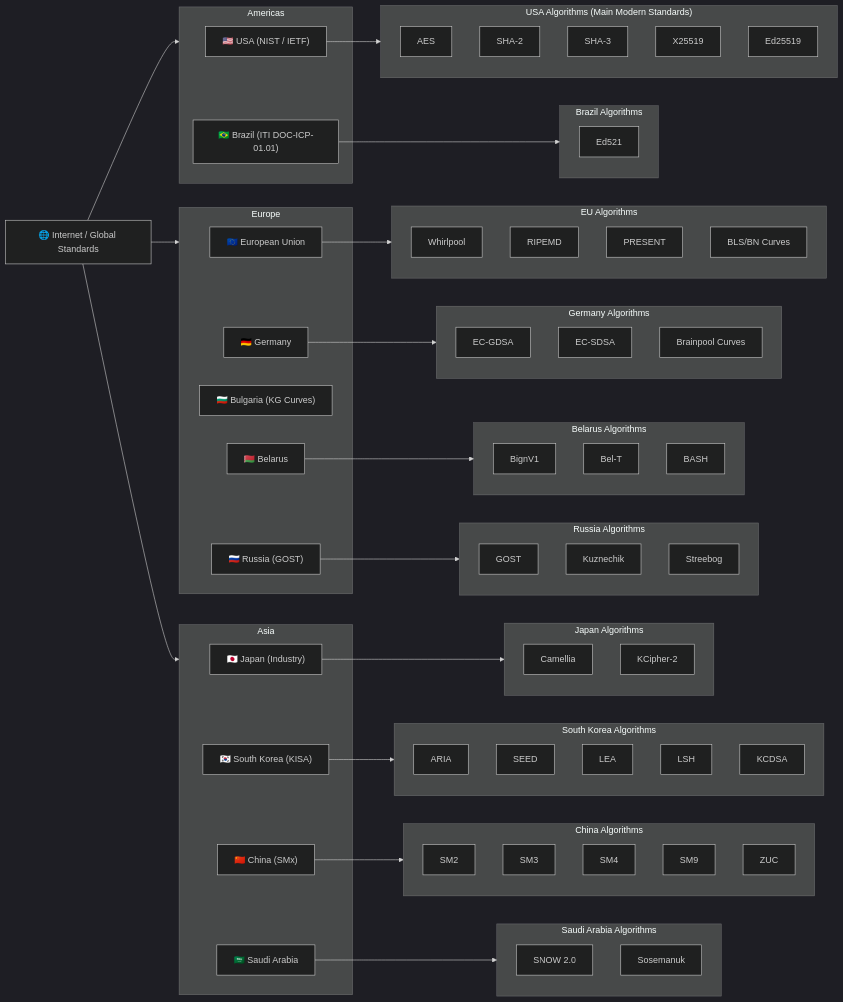
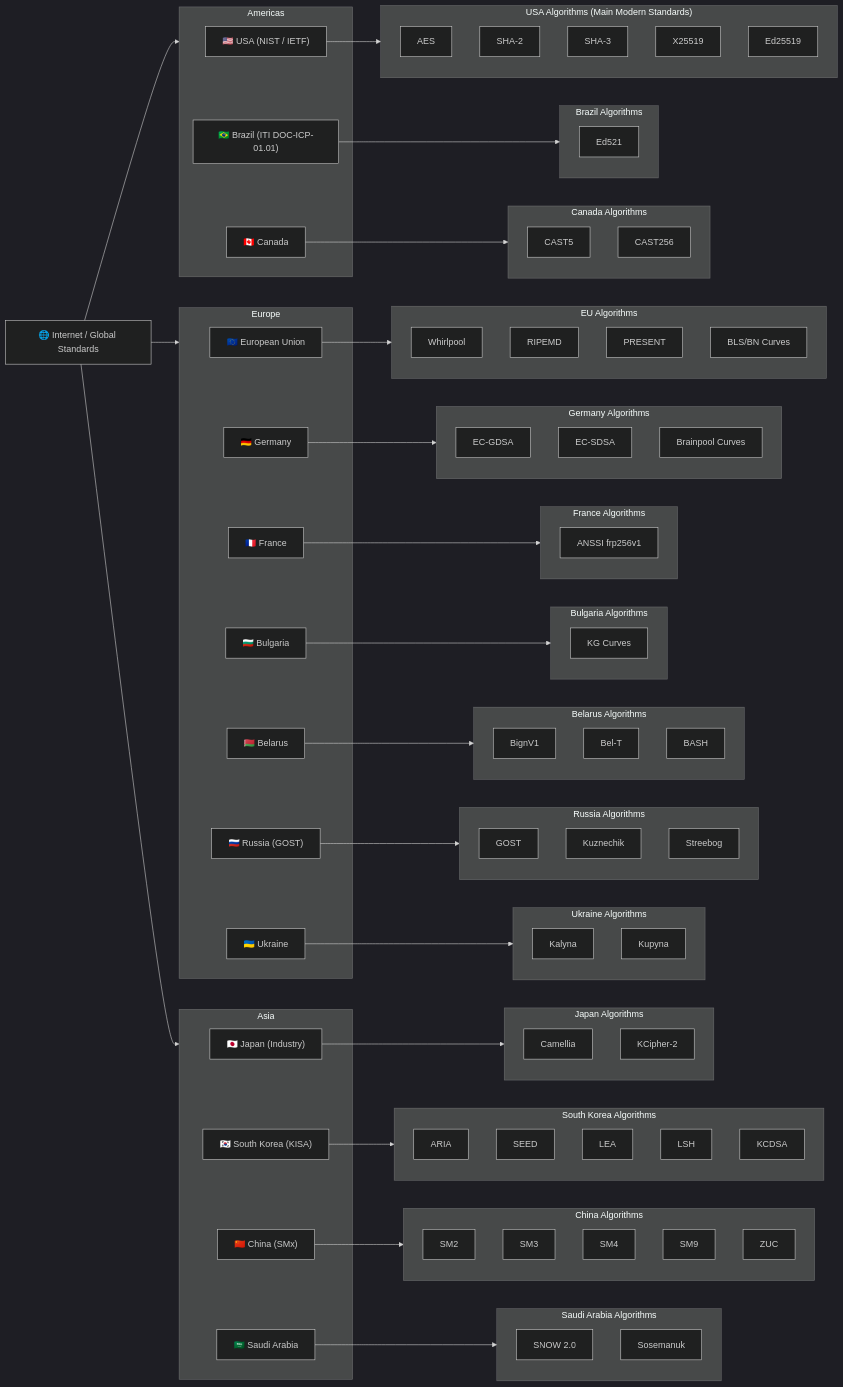
One commit to pedroalbanese/edgetk changed the first of 5 diagrams in README.md. Above: the diagram before and after it, drawn with Mermaid (dark theme).

```diff
--- a/README.md
+++ b/README.md
@@ -235,15 +235,18 @@
     subgraph Americas["Americas"]
         NIST["🇺🇸 USA (NIST / IETF)"]
         Brazil["🇧🇷 Brazil (ITI DOC-ICP-01.01)"]
+        Canada["🇨🇦 Canada"]
     end
 
     %% --- Europe ---
     subgraph Europe["Europe"]
         EU["🇪🇺 European Union"]
         Germany["🇩🇪 Germany"]
-        Bulgaria["🇧🇬 Bulgaria (KG Curves)"]
+        France["🇫🇷 France"]
+        Bulgaria["🇧🇬 Bulgaria"]
         Belarus["🇧🇾 Belarus"]
         Russia["🇷🇺 Russia (GOST)"]
+        Ukraine["🇺🇦 Ukraine"]
     end
 
     %% --- Asia ---
@@ -275,6 +278,13 @@
     end
     Brazil --> Brazil_alg
 
+    %% --- Canada Algorithms ---
+    subgraph Canada_alg["Canada Algorithms"]
+        CAST5["CAST5"]
+        CAST256["CAST256"]
+    end
+    Canada --> Canada_alg
+
     %% --- EU Algorithms ---
     subgraph EU_alg["EU Algorithms"]
         Whirlpool["Whirlpool"]
@@ -291,6 +301,25 @@
         Brainpool["Brainpool Curves"]
     end
     Germany --> Germany_alg
+
+    %% --- France Algorithms ---
+    subgraph France_alg["France Algorithms"]
+        ANSSI["ANSSI frp256v1"]
+    end
+    France --> France_alg
+
+    %% --- Bulgaria Algorithms ---
+    subgraph Bulgaria_alg["Bulgaria Algorithms"]
+        KG["KG Curves"]
+    end
+    Bulgaria --> Bulgaria_alg
+
+    %% --- Ukraine Algorithms ---
+    subgraph Ukraine_alg["Ukraine Algorithms"]
+        Kalyna["Kalyna"]
+        Kupyna["Kupyna"]
+    end
+    Ukraine --> Ukraine_alg
 
     %% --- Russia Algorithms ---
     subgraph Russia_alg["Russia Algorithms"]
```
